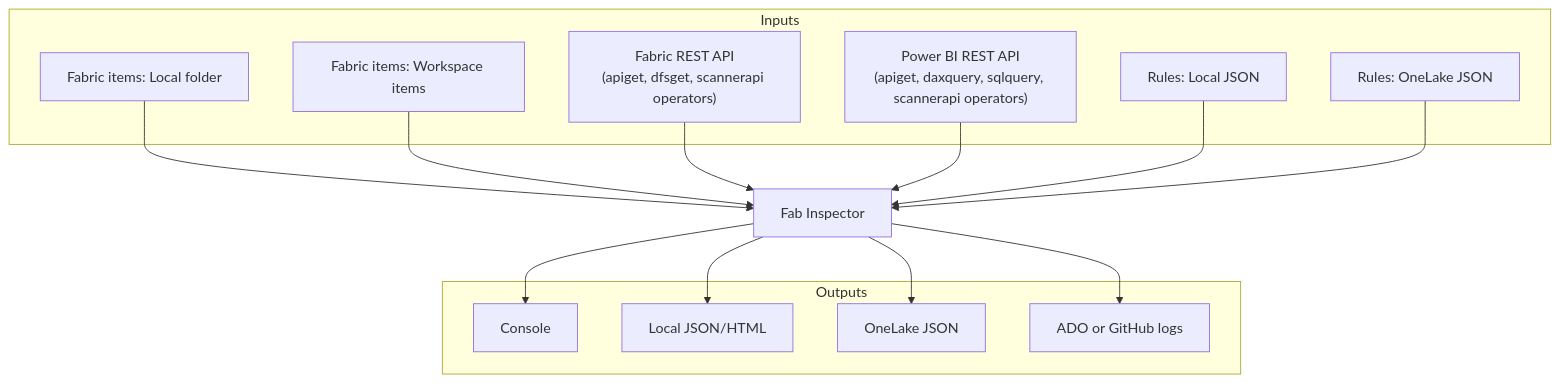
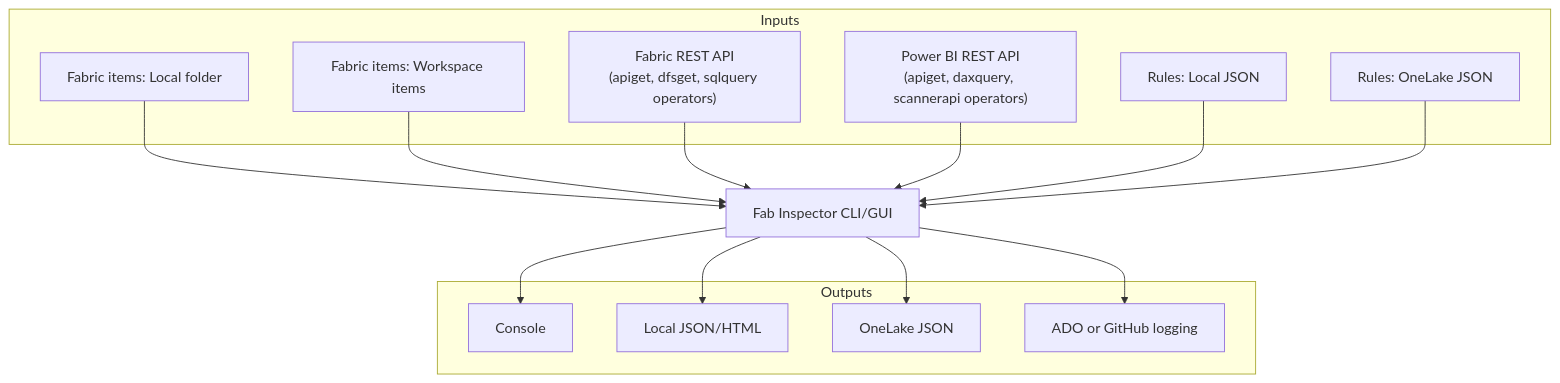
Before and after one commit to NatVanG/fab-inspector: the fifth of 5 diagrams in docs/usage-scenarios.md, drawn with Mermaid. The commit also changed other lines of this file and 6 other files, not shown here.

````diff
--- a/docs/usage-scenarios.md
+++ b/docs/usage-scenarios.md
@@ -112,31 +112,31 @@
 ```mermaid
 flowchart TB
     subgraph Inputs
       A1[Fabric items: Local folder]
       A2[Fabric items: Workspace items]
-      A3["Fabric REST API\n(apiget, dfsget, scannerapi operators)"]
-      A4["Power BI REST API\n(apiget, daxquery, sqlquery, scannerapi operators)"]
+      A3["Fabric REST API\n(apiget, dfsget, sqlquery operators)"]
+      A4["Power BI REST API\n(apiget, daxquery, scannerapi operators)"]
       B1[Rules: Local JSON]
       B2[Rules: OneLake JSON]
     end
 
-    C[Fab Inspector]
+    C[Fab Inspector CLI/GUI]
 
     subgraph Outputs
       D1[Console]
       D2[Local JSON/HTML]
       D3[OneLake JSON]
-      D4[ADO or GitHub logs]
+      D4[ADO or GitHub logging]
     end
 
     A1 --> C
     A2 --> C
     A3 --> C
     A4 --> C
     B1 --> C
     B2 --> C
     C --> D1
     C --> D2
     C --> D3
     C --> D4
 ```
````
